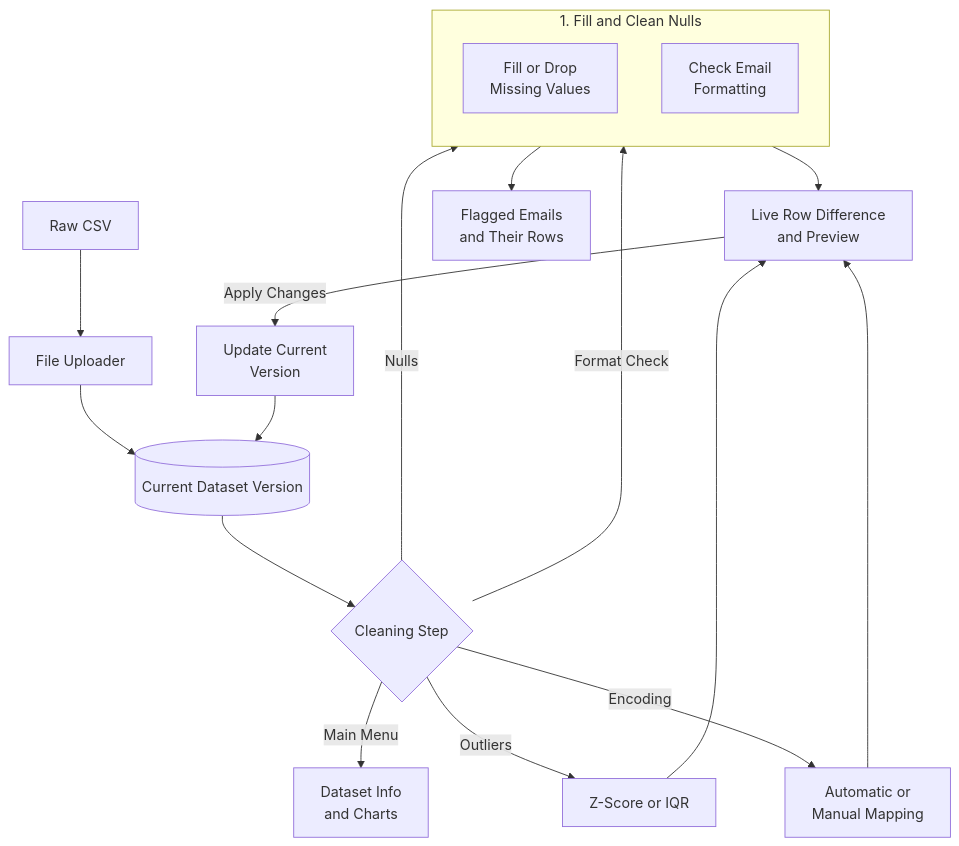
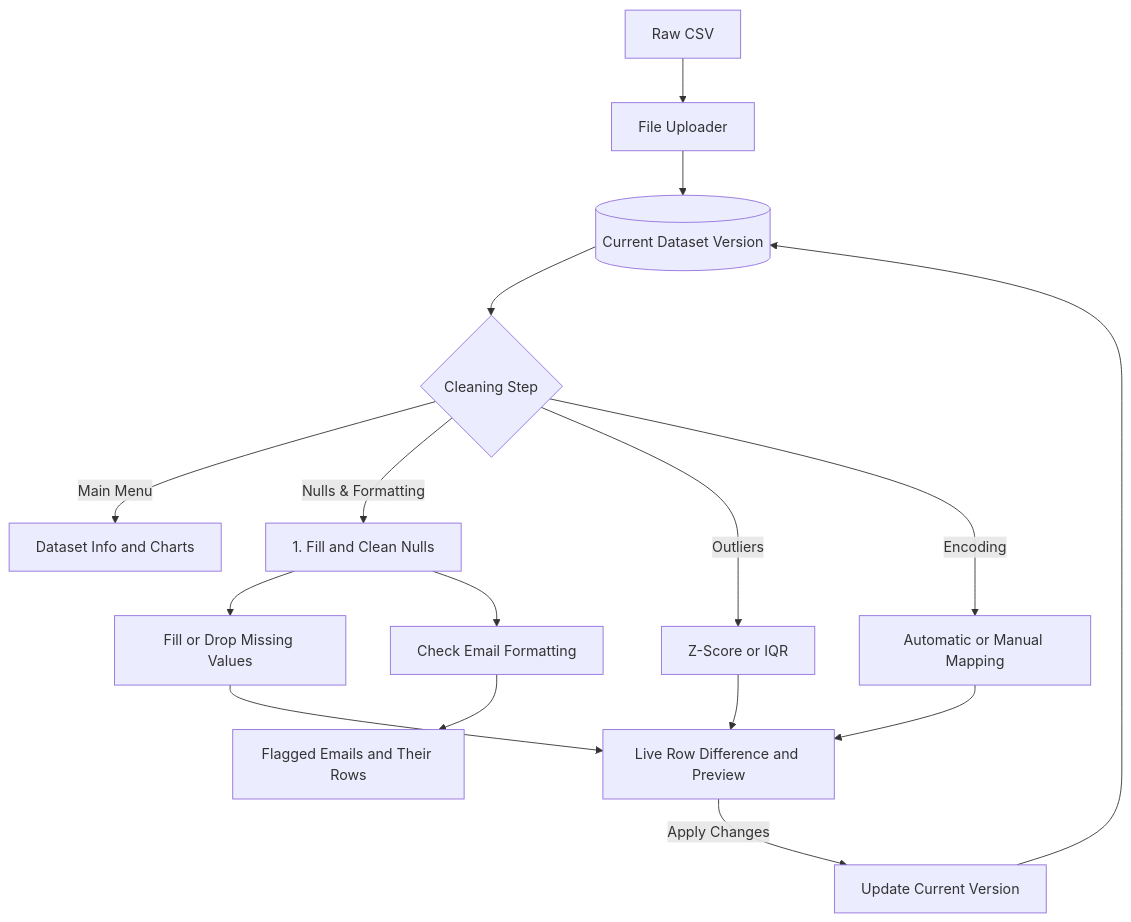
Before and after one commit to aniketbhopale/DataLave: the first of 2 diagrams in README.md, drawn with Mermaid. The commit also changed other lines of this file, not shown here.

Commit message:
minor change in flow

````diff
--- a/README.md
+++ b/README.md
@@ -14,29 +14,23 @@
 ```mermaid
 
 flowchart TD
     A["Raw CSV"] --> B["File Uploader"]
     B --> C[("Current Dataset Version")]
     C --> D{"Cleaning Step"}
 
-    D -->|Main Menu| E["Dataset Info<br/>and Charts"]
-    
-    subgraph M1 ["1. Fill and Clean Nulls"]
-        direction TB
-        F["Fill or Drop<br/>Missing Values"]
-        F2["Check Email<br/>Formatting"]
-    end
+    D -->|Main Menu| E["Dataset Info and Charts"]
+    D -->|Nulls & Formatting| M1["1. Fill and Clean Nulls"]
+    M1 --> F["Fill or Drop Missing Values"]
+    M1 --> F2["Check Email Formatting"]
+    D -->|Outliers| G["Z-Score or IQR"]
+    D -->|Encoding| H["Automatic or Manual Mapping"]
 
-    D -->|Nulls| F
-    D -->|Format Check| F2
-    D -->|Outliers| G["Z-Score or IQR"]
-    D -->|Encoding| H["Automatic or<br/>Manual Mapping"]
-
-    F --> I["Live Row Difference<br/>and Preview"]
-    F2 --> I2["Flagged Emails<br/>and Their Rows"]
+    F --> I["Live Row Difference and Preview"]
+    F2 --> I2["Flagged Emails and Their Rows"]
     G --> I
     H --> I
 
-    I -->|Apply Changes| J["Update Current<br/>Version"]
+    I -->|Apply Changes| J["Update Current Version"]
     J --> C
 
 ```
````
